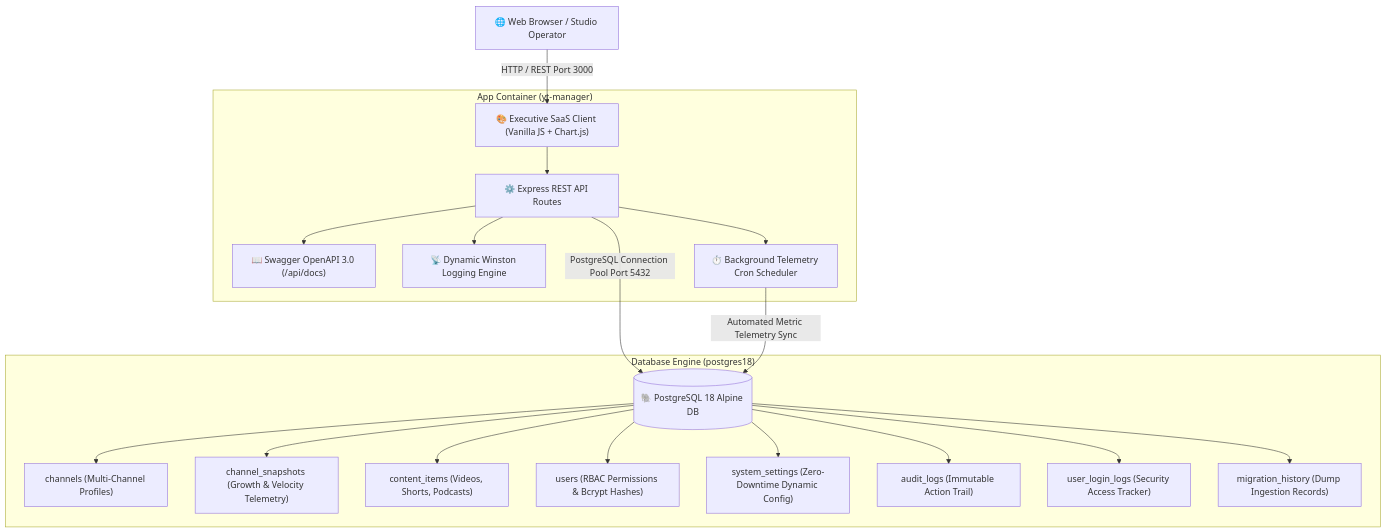
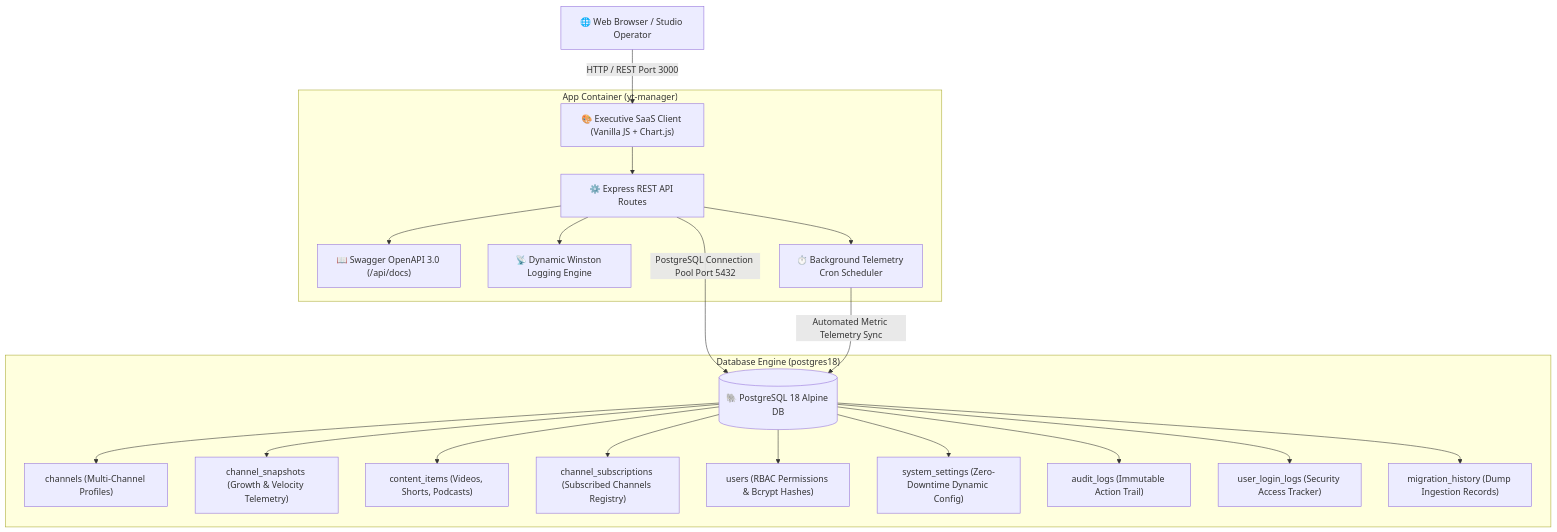
The diagram in README.md (meibraransari/youtube-channel-manager), drawn with Mermaid before and after one commit. The commit also changed other lines of this file, not shown here.

Commit message:
docs(readme): add Subscribed Channels registry, 250+ takeout import & YouTube API sync guide, tag manager, and SMTP docs

````diff
--- a/README.md
+++ b/README.md
@@ -182,25 +208,26 @@
 ```mermaid
 flowchart TD
     Client["🌐 Web Browser / Studio Operator"] -->|"HTTP / REST Port 3000"| SPA["🎨 Executive SaaS Client (Vanilla JS + Chart.js)"]
 
     subgraph AppService ["App Container (yt-manager)"]
         SPA --> APIRoutes["⚙️ Express REST API Routes"]
         APIRoutes --> SwaggerDoc["📖 Swagger OpenAPI 3.0 (/api/docs)"]
         APIRoutes --> WinstonLog["📡 Dynamic Winston Logging Engine"]
         APIRoutes --> CronService["⏱️ Background Telemetry Cron Scheduler"]
     end
 
     APIRoutes -->|"PostgreSQL Connection Pool Port 5432"| DBEngine[("🐘 PostgreSQL 18 Alpine DB")]
     CronService -->|"Automated Metric Telemetry Sync"| DBEngine
 
     subgraph DBService ["Database Engine (postgres18)"]
         DBEngine --> T1["channels (Multi-Channel Profiles)"]
         DBEngine --> T2["channel_snapshots (Growth & Velocity Telemetry)"]
         DBEngine --> T3["content_items (Videos, Shorts, Podcasts)"]
-        DBEngine --> T4["users (RBAC Permissions & Bcrypt Hashes)"]
-        DBEngine --> T5["system_settings (Zero-Downtime Dynamic Config)"]
-        DBEngine --> T6["audit_logs (Immutable Action Trail)"]
-        DBEngine --> T7["user_login_logs (Security Access Tracker)"]
-        DBEngine --> T8["migration_history (Dump Ingestion Records)"]
+        DBEngine --> T4["channel_subscriptions (Subscribed Channels Registry)"]
+        DBEngine --> T5["users (RBAC Permissions & Bcrypt Hashes)"]
+        DBEngine --> T6["system_settings (Zero-Downtime Dynamic Config)"]
+        DBEngine --> T7["audit_logs (Immutable Action Trail)"]
+        DBEngine --> T8["user_login_logs (Security Access Tracker)"]
+        DBEngine --> T9["migration_history (Dump Ingestion Records)"]
     end
 ```
````
